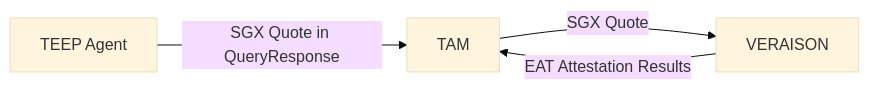
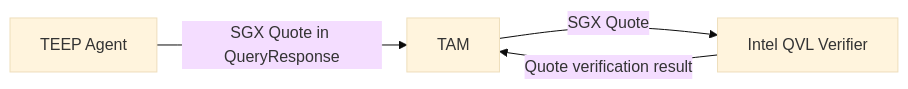
Before and after one commit to kentakayama/AttesTAM: the ninth of 10 diagrams in doc/TEEP_MESSAGE_HANDLE.md, drawn with Mermaid (base theme). The commit also changed other lines of this file and 11 other files, not shown here.

Commit message:
fix: Verifier and TAM's responsibilities: Verifier confirms the authenticity and integrity of the Evidence, and TAM confirms the freshness and bound TEEP Agent's key.

````diff
--- a/doc/TEEP_MESSAGE_HANDLE.md
+++ b/doc/TEEP_MESSAGE_HANDLE.md
@@ -178,6 +192,6 @@
 ```mermaid
 flowchart LR
     TEEPAgent[TEEP Agent] -- SGX Quote in QueryResponse --> TAM
-    TAM -- SGX Quote --> VERAISON
-    VERAISON -- EAT Attestation Results --> TAM
+    TAM -- SGX Quote --> IntelQVL[Intel QVL Verifier]
+    IntelQVL -- Quote verification result --> TAM
 ```
````
